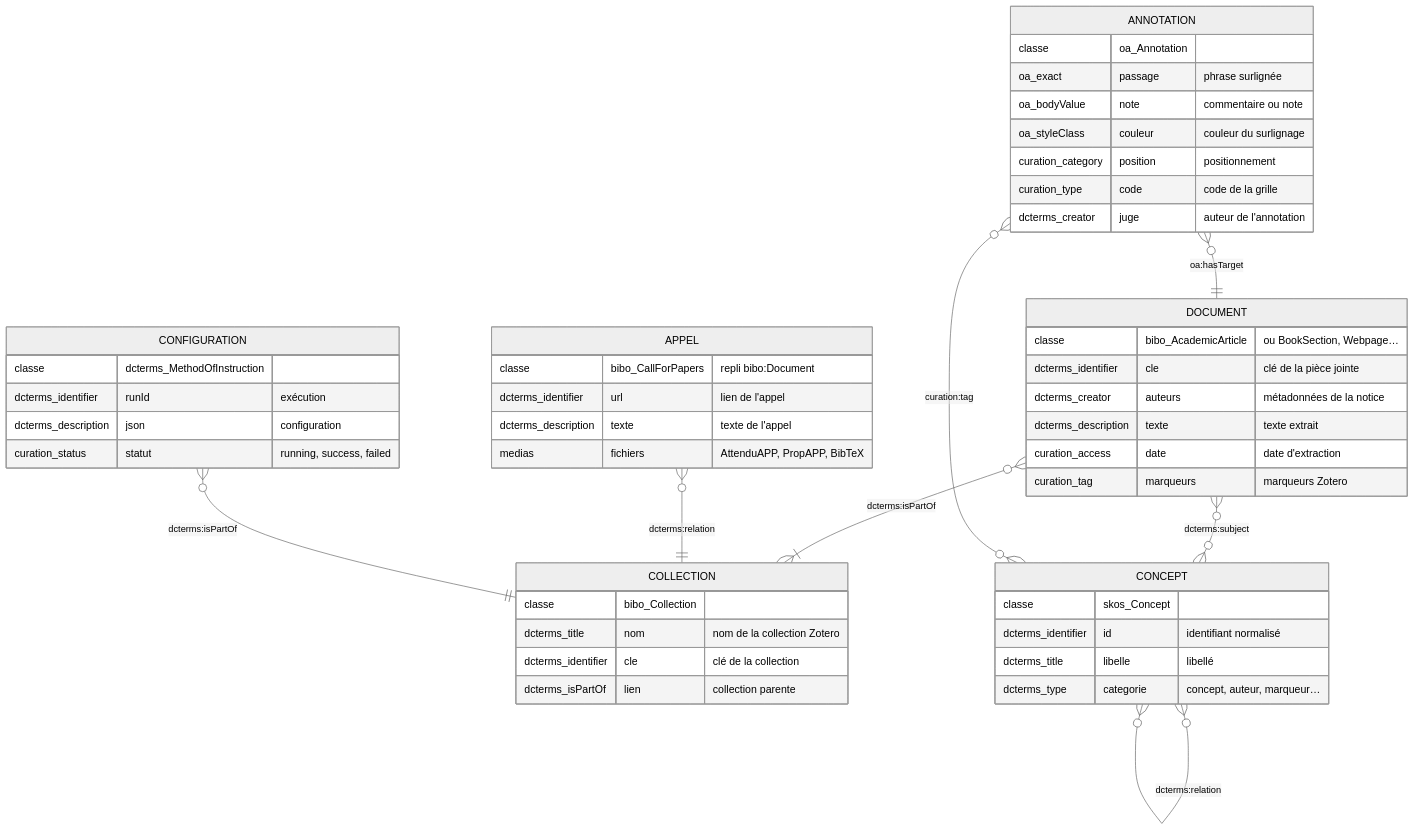
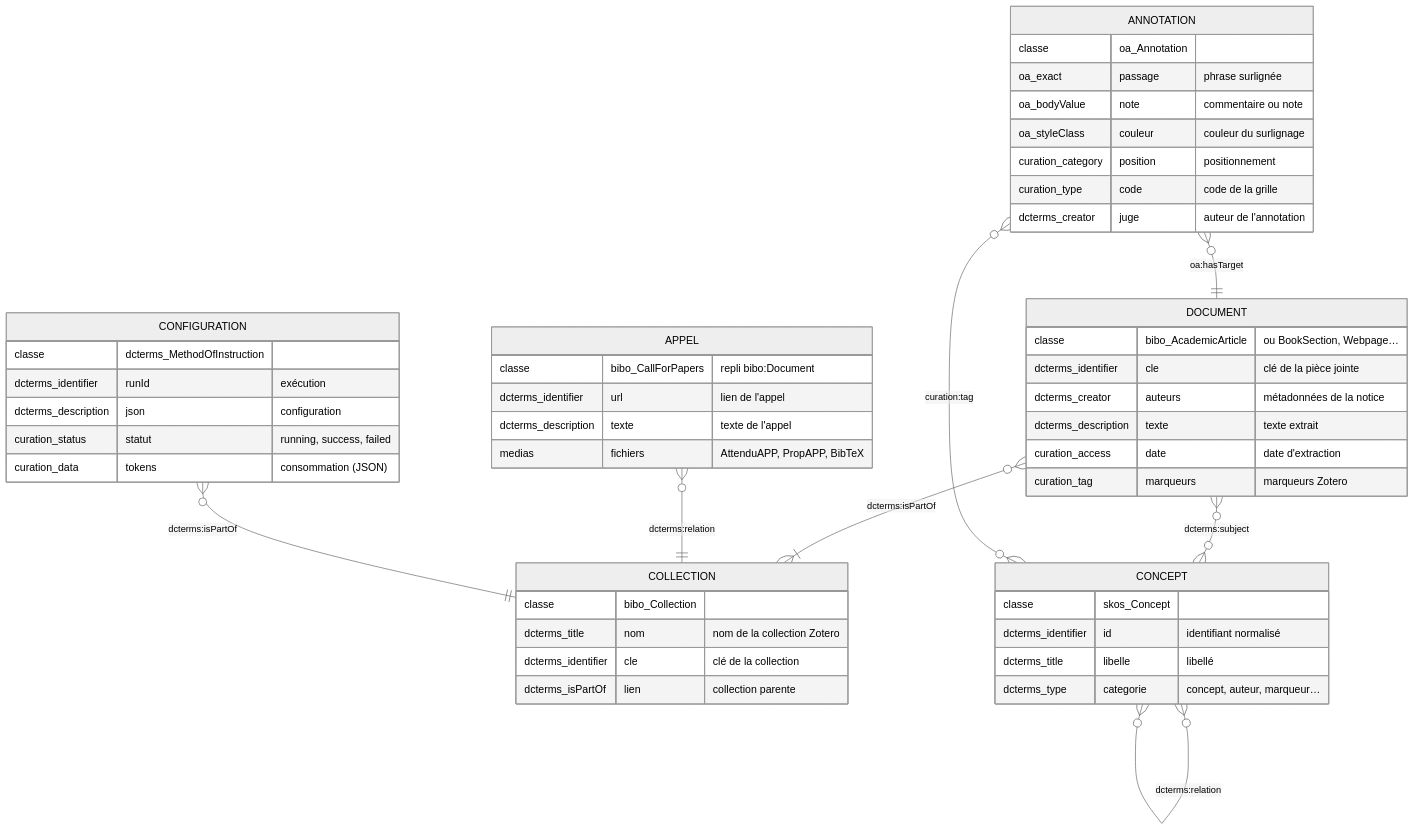
Before and after one commit to samszo/ecosysteme-agents-recherche: the seventh of 7 diagrams in docs/technique.md, drawn with Mermaid (neutral theme). The commit also changed other lines of this file and 27 other files, not shown here.

````diff
--- a/docs/technique.md
+++ b/docs/technique.md
@@ -212,51 +221,52 @@
 ```mermaid
 erDiagram
     COLLECTION {
         classe bibo_Collection
         dcterms_title nom "nom de la collection Zotero"
         dcterms_identifier cle "clé de la collection"
         dcterms_isPartOf lien "collection parente"
     }
     DOCUMENT {
         classe bibo_AcademicArticle "ou BookSection, Webpage…"
         dcterms_identifier cle "clé de la pièce jointe"
         dcterms_creator auteurs "métadonnées de la notice"
         dcterms_description texte "texte extrait"
         curation_access date "date d'extraction"
         curation_tag marqueurs "marqueurs Zotero"
     }
     ANNOTATION {
         classe oa_Annotation
         oa_exact passage "phrase surlignée"
         oa_bodyValue note "commentaire ou note"
         oa_styleClass couleur "couleur du surlignage"
         curation_category position "positionnement"
         curation_type code "code de la grille"
         dcterms_creator juge "auteur de l'annotation"
     }
     CONCEPT {
         classe skos_Concept
         dcterms_identifier id "identifiant normalisé"
         dcterms_title libelle "libellé"
         dcterms_type categorie "concept, auteur, marqueur…"
     }
     APPEL {
         classe bibo_CallForPapers "repli bibo:Document"
         dcterms_identifier url "lien de l'appel"
         dcterms_description texte "texte de l'appel"
         medias fichiers "AttenduAPP, PropAPP, BibTeX"
     }
     CONFIGURATION {
         classe dcterms_MethodOfInstruction
         dcterms_identifier runId "exécution"
         dcterms_description json "configuration"
         curation_status statut "running, success, failed"
+        curation_data tokens "consommation (JSON)"
     }
     DOCUMENT }o--|{ COLLECTION : "dcterms:isPartOf"
     ANNOTATION }o--|| DOCUMENT : "oa:hasTarget"
     DOCUMENT }o--o{ CONCEPT : "dcterms:subject"
     ANNOTATION }o--o{ CONCEPT : "curation:tag"
     CONCEPT }o--o{ CONCEPT : "dcterms:relation"
     APPEL }o--|| COLLECTION : "dcterms:relation"
     CONFIGURATION }o--|| COLLECTION : "dcterms:isPartOf"
 ```
````
